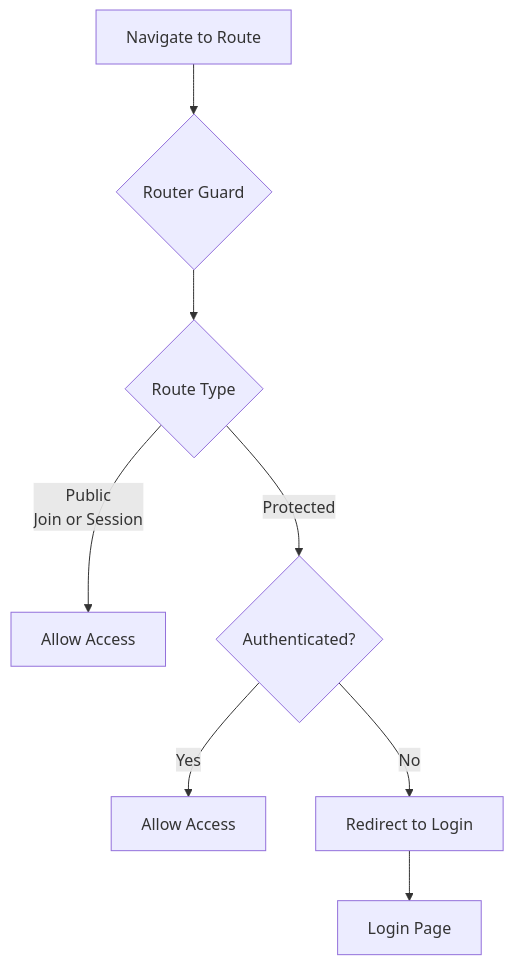
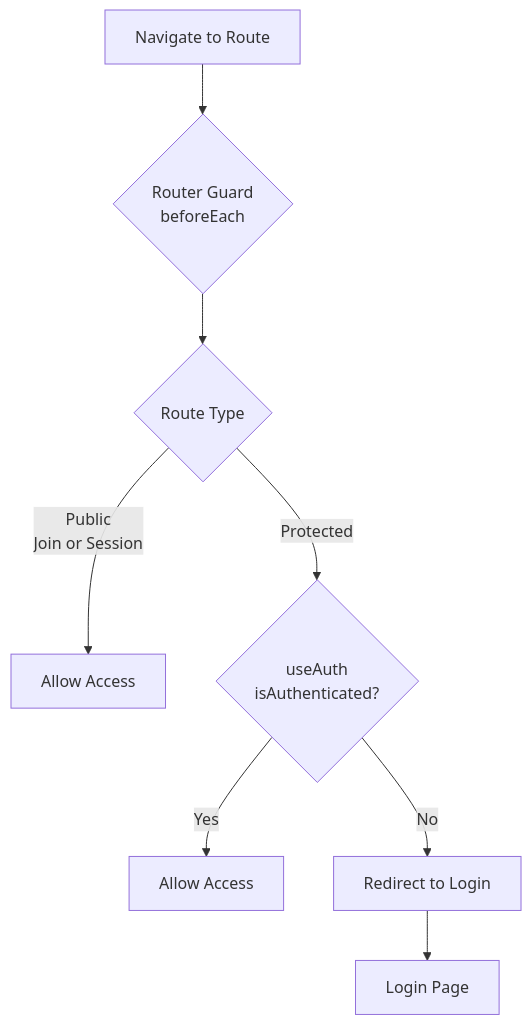
Before and after one commit to fMuchka/my-pisnicka2.0: the fifth of 5 diagrams in docs/user-flows.md, drawn with Mermaid. The commit also changed other lines of this file and 4 other files, not shown here.

````diff
--- a/docs/user-flows.md
+++ b/docs/user-flows.md
@@ -53,10 +85,10 @@
 ```mermaid
 flowchart TD
-  NAV[Navigate to Route] --> RG{Router Guard}
+  NAV[Navigate to Route] --> RG{Router Guard<br/>beforeEach}
   RG --> CHK{Route Type}
   CHK -- Public<br/>Join or Session --> ALLOW[Allow Access]
-  CHK -- Protected --> AUTH{Authenticated?}
+  CHK -- Protected --> AUTH{useAuth<br/>isAuthenticated?}
   AUTH -- Yes --> ALLOW2[Allow Access]
   AUTH -- No --> REDIR[Redirect to Login]
   REDIR --> LOGIN[Login Page]
 ```
````
